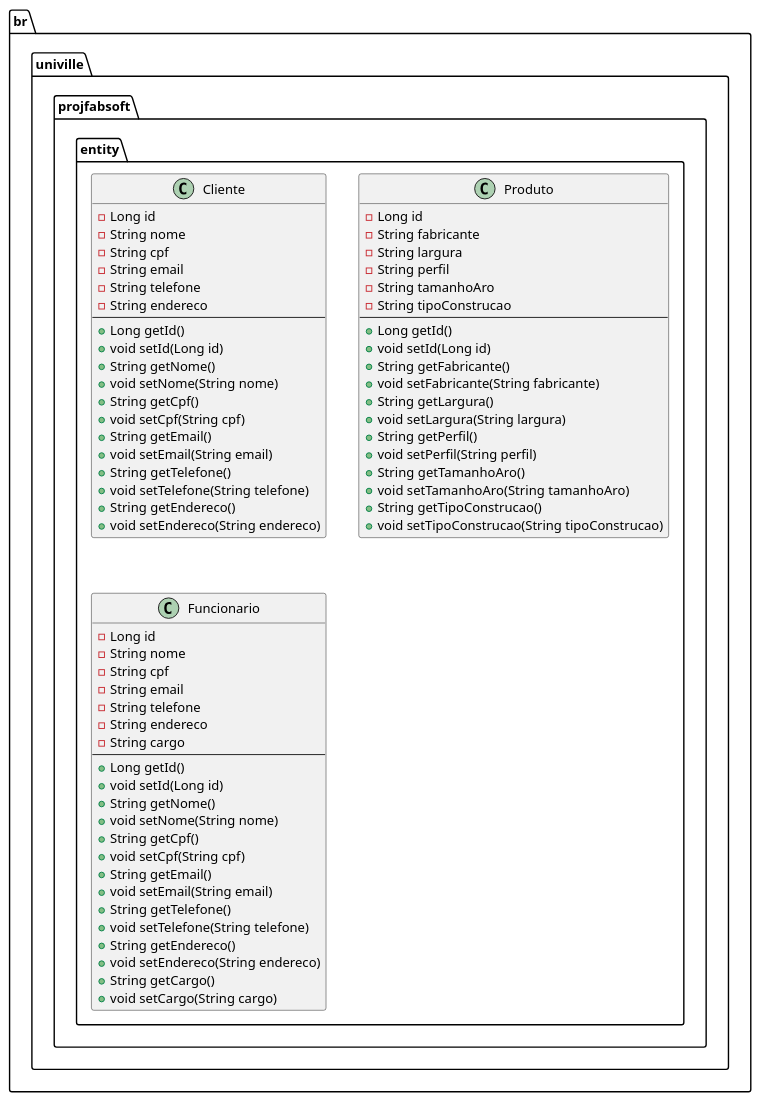
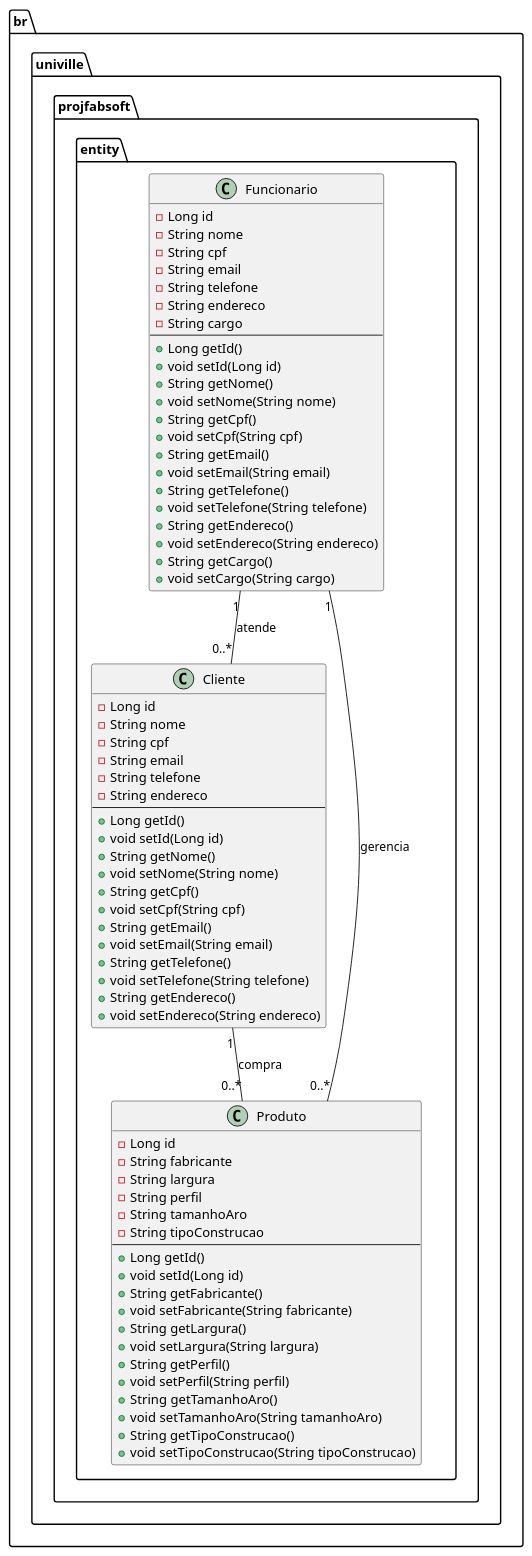
One commit to viniciusaron/fabsofta-vinicius-joaoeduardo changed the diagram in diagramas/diagramadeclasses.puml. Above: the diagram before and after it, drawn with PlantUML. The commit also changed 6 other files, not shown here.

```diff
--- a/diagramas/diagramadeclasses.puml
+++ b/diagramas/diagramadeclasses.puml
@@ -1,72 +1,76 @@
 @startuml
 package br.univille.projfabsoft.entity {
     class Cliente {
         - Long id
         - String nome
         - String cpf
         - String email
         - String telefone
         - String endereco
         --
         + Long getId()
         + void setId(Long id)
         + String getNome()
         + void setNome(String nome)
         + String getCpf()
         + void setCpf(String cpf)
         + String getEmail()
         + void setEmail(String email)
         + String getTelefone()
         + void setTelefone(String telefone)
         + String getEndereco()
         + void setEndereco(String endereco)
     }
 
     class Produto {
         - Long id
         - String fabricante
         - String largura
         - String perfil
         - String tamanhoAro
         - String tipoConstrucao
         --
         + Long getId()
         + void setId(Long id)
         + String getFabricante()
         + void setFabricante(String fabricante)
         + String getLargura()
         + void setLargura(String largura)
         + String getPerfil()
         + void setPerfil(String perfil)
         + String getTamanhoAro()
         + void setTamanhoAro(String tamanhoAro)
         + String getTipoConstrucao()
         + void setTipoConstrucao(String tipoConstrucao)
     }
 
     class Funcionario {
         - Long id
         - String nome
         - String cpf
         - String email
         - String telefone
         - String endereco
         - String cargo
         --
         + Long getId()
         + void setId(Long id)
         + String getNome()
         + void setNome(String nome)
         + String getCpf()
         + void setCpf(String cpf)
         + String getEmail()
         + void setEmail(String email)
         + String getTelefone()
         + void setTelefone(String telefone)
         + String getEndereco()
         + void setEndereco(String endereco)
         + String getCargo()
         + void setCargo(String cargo)
     }
+
+    Cliente "1" -- "0..*" Produto : "compra"
+    Funcionario "1" -- "0..*" Cliente : "atende"
+    Funcionario "1" -- "0..*" Produto : "gerencia"
 }
 @enduml
```
